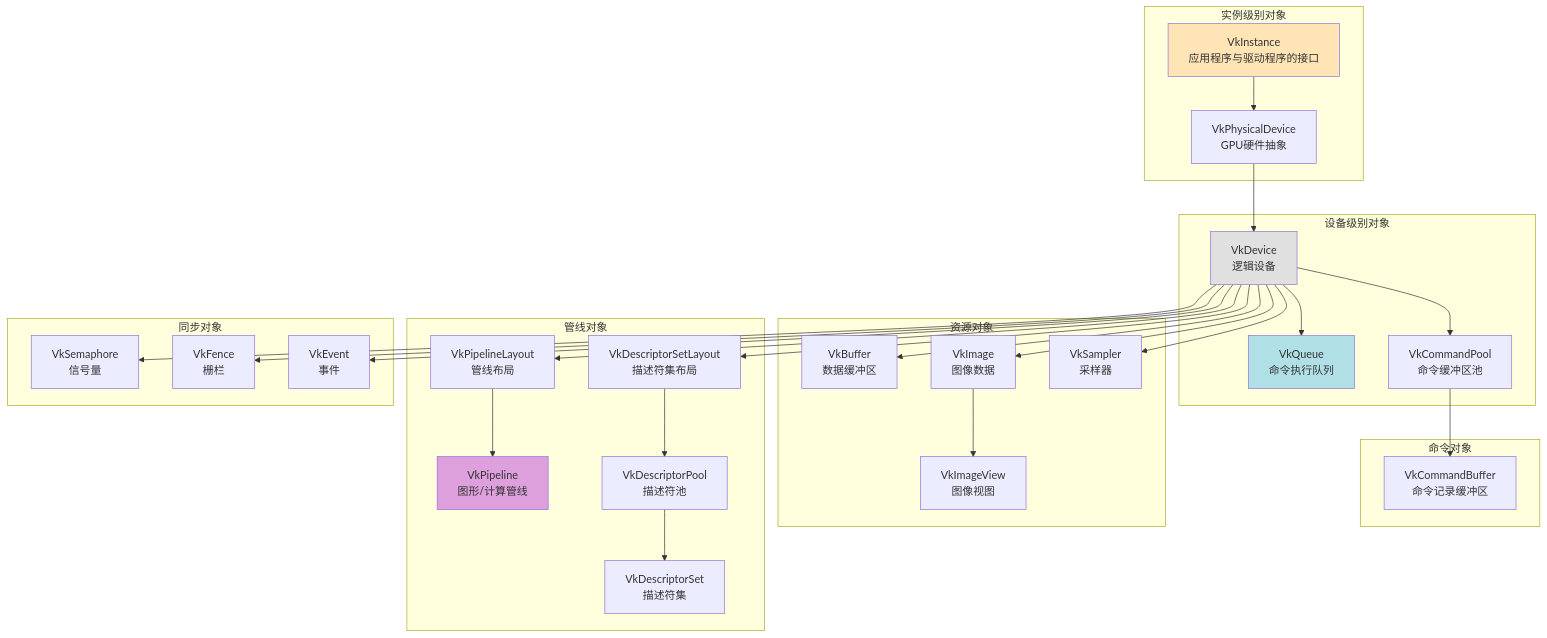
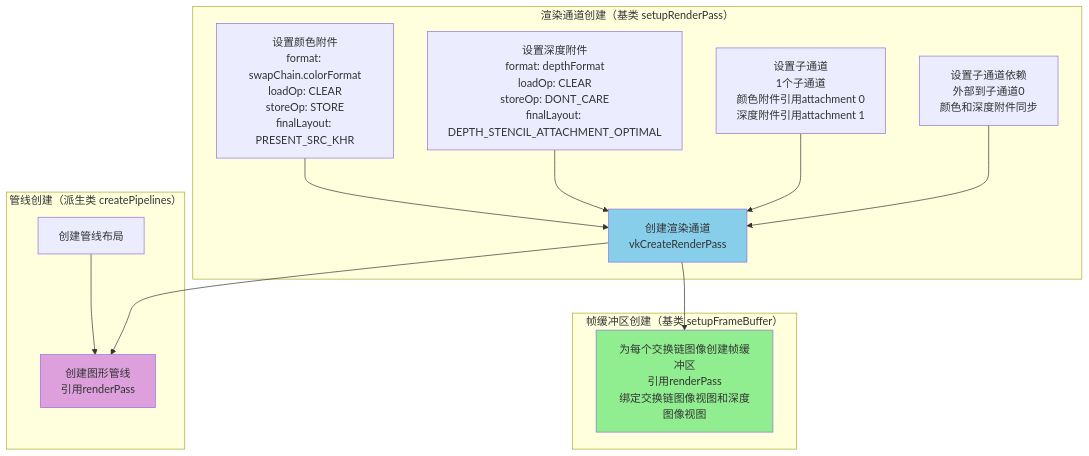
Before and after one commit to diandiandevelop/Vulkan: the tenth of 23 diagrams in fenxi/Vulkan框架模型文档.md, drawn with Mermaid. The commit also changed other lines of this file, not shown here.

````diff
--- a/fenxi/Vulkan框架模型文档.md
+++ b/fenxi/Vulkan框架模型文档.md
@@ -159,61 +933,32 @@
 ```mermaid
-graph TD
-    subgraph "实例级别对象"
-        Instance[VkInstance<br/>应用程序与驱动程序的接口]
-        PhysicalDevice[VkPhysicalDevice<br/>GPU硬件抽象]
+graph TB
+    subgraph "渲染通道创建（基类 setupRenderPass）"
+        CreateRenderPass[创建渲染通道<br/>vkCreateRenderPass]
+        SetupColorAttach[设置颜色附件<br/>format: swapChain.colorFormat<br/>loadOp: CLEAR<br/>storeOp: STORE<br/>finalLayout: PRESENT_SRC_KHR]
+        SetupDepthAttach[设置深度附件<br/>format: depthFormat<br/>loadOp: CLEAR<br/>storeOp: DONT_CARE<br/>finalLayout: DEPTH_STENCIL_ATTACHMENT_OPTIMAL]
+        SetupSubpass[设置子通道<br/>1个子通道<br/>颜色附件引用attachment 0<br/>深度附件引用attachment 1]
+        SetupDependencies[设置子通道依赖<br/>外部到子通道0<br/>颜色和深度附件同步]
     end
     
-    subgraph "设备级别对象"
-        Device[VkDevice<br/>逻辑设备]
-        Queue[VkQueue<br/>命令执行队列]
-        CommandPool[VkCommandPool<br/>命令缓冲区池]
+    subgraph "管线创建（派生类 createPipelines）"
+        CreatePipelineLayout[创建管线布局]
+        CreatePipeline[创建图形管线<br/>引用renderPass]
     end
     
-    subgraph "命令对象"
-        CommandBuffer[VkCommandBuffer<br/>命令记录缓冲区]
+    subgraph "帧缓冲区创建（基类 setupFrameBuffer）"
+        CreateFrameBuffers[为每个交换链图像创建帧缓冲区<br/>引用renderPass<br/>绑定交换链图像视图和深度图像视图]
     end
     
-    subgraph "资源对象"
-        Buffer[VkBuffer<br/>数据缓冲区]
-        Image[VkImage<br/>图像数据]
-        ImageView[VkImageView<br/>图像视图]
-        Sampler[VkSampler<br/>采样器]
-    end
+    SetupColorAttach --> CreateRenderPass
+    SetupDepthAttach --> CreateRenderPass
+    SetupSubpass --> CreateRenderPass
+    SetupDependencies --> CreateRenderPass
     
-    subgraph "管线对象"
-        PipelineLayout[VkPipelineLayout<br/>管线布局]
-        Pipeline[VkPipeline<br/>图形/计算管线]
-        DescriptorSetLayout[VkDescriptorSetLayout<br/>描述符集布局]
-        DescriptorPool[VkDescriptorPool<br/>描述符池]
-        DescriptorSet[VkDescriptorSet<br/>描述符集]
-    end
+    CreateRenderPass --> CreatePipeline
+    CreateRenderPass --> CreateFrameBuffers
+    CreatePipelineLayout --> CreatePipeline
     
-    subgraph "同步对象"
-        Semaphore[VkSemaphore<br/>信号量]
-        Fence[VkFence<br/>栅栏]
-        Event[VkEvent<br/>事件]
-    end
-    
-    Instance --> PhysicalDevice
-    PhysicalDevice --> Device
-    Device --> Queue
-    Device --> CommandPool
-    CommandPool --> CommandBuffer
-    Device --> Buffer
-    Device --> Image
-    Image --> ImageView
-    Device --> Sampler
-    Device --> PipelineLayout
-    PipelineLayout --> Pipeline
-    Device --> DescriptorSetLayout
-    DescriptorSetLayout --> DescriptorPool
-    DescriptorPool --> DescriptorSet
-    Device --> Semaphore
-    Device --> Fence
-    Device --> Event
-    
-    style Instance fill:#FFE4B5
-    style Device fill:#E0E0E0
-    style Queue fill:#B0E0E6
-    style Pipeline fill:#DDA0DD
+    style CreateRenderPass fill:#87CEEB
+    style CreatePipeline fill:#DDA0DD
+    style CreateFrameBuffers fill:#90EE90
 ```
````
